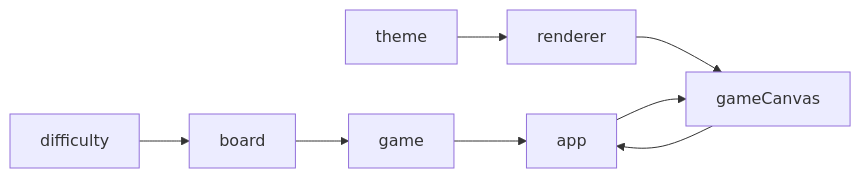
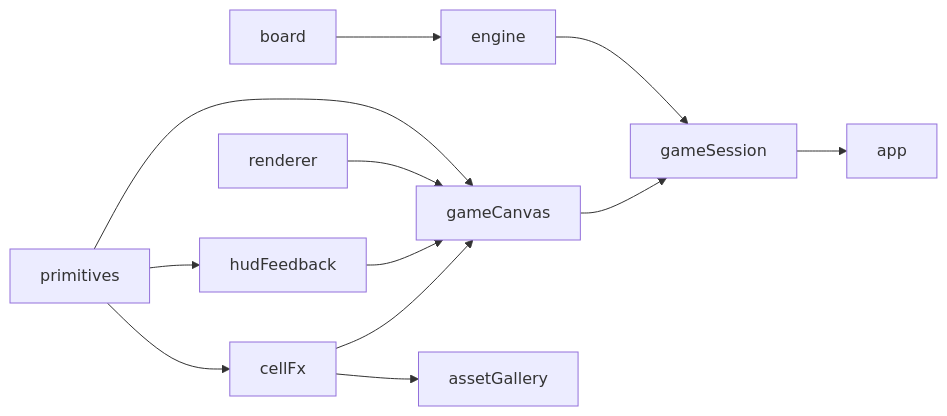
One commit to DavidKk/mine-scroll changed the diagram in docs/MODULES.md. Above: the diagram before and after it, drawn with Mermaid. The commit also changed other lines of this file and 89 other files, not shown here.

````diff
--- a/docs/MODULES.md
+++ b/docs/MODULES.md
@@ -9,10 +9,14 @@
 ```mermaid
 flowchart LR
-    difficulty --> board
-    board --> game
-    game --> app
-    gameCanvas --> app
+    primitives --> hudFeedback
+    primitives --> cellFx
+    primitives --> gameCanvas
+    board --> engine
+    engine --> gameSession
     renderer --> gameCanvas
-    theme --> renderer
-    app --> gameCanvas
+    hudFeedback --> gameCanvas
+    cellFx --> gameCanvas
+    cellFx --> assetGallery
+    gameCanvas --> gameSession
+    gameSession --> app
 ```
````
